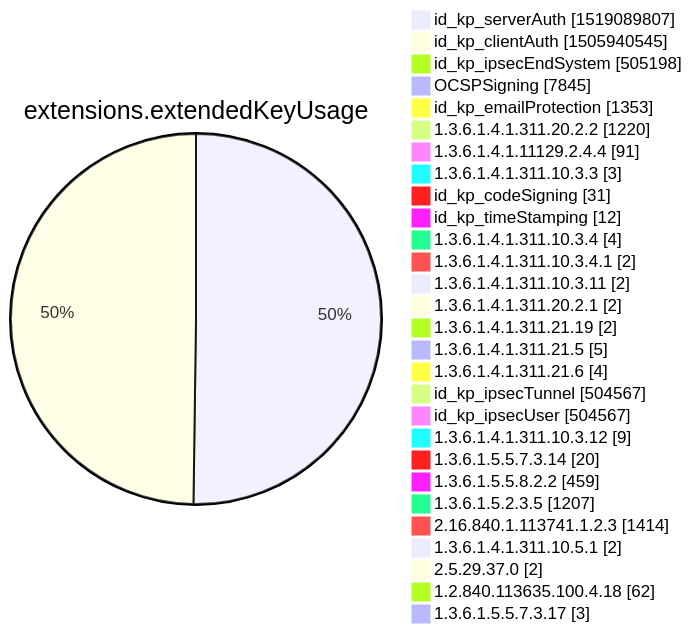
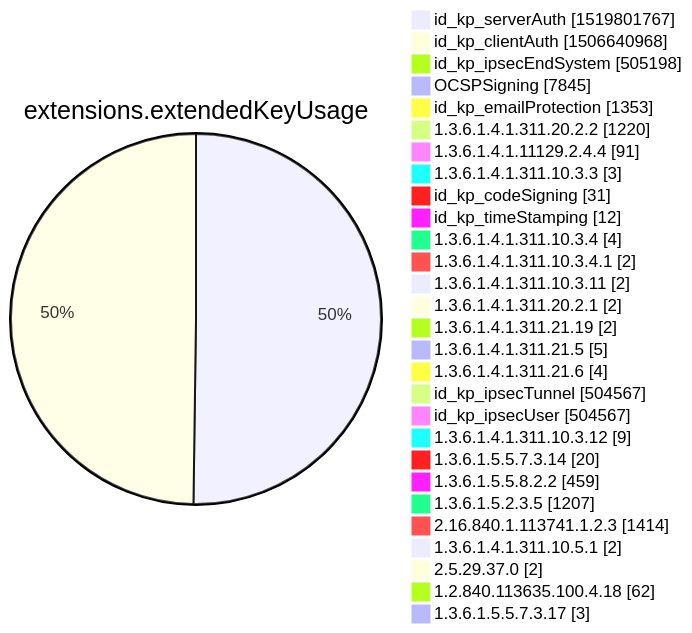
Before and after one commit to christiankrug/ctmonitor_visualization: diagram 12 of 15 in xenon2022/README.md, drawn with Mermaid. The commit also changed other lines of this file, not shown here.

````diff
--- a/xenon2022/README.md
+++ b/xenon2022/README.md
@@ -3877,32 +3877,32 @@
 ```mermaid
 pie showData
 title extensions.extendedKeyUsage
-"id_kp_serverAuth" :1519089807
-"id_kp_clientAuth" :1505940545
+"id_kp_serverAuth" :1519801767
+"id_kp_clientAuth" :1506640968
 "id_kp_ipsecEndSystem" :505198
 "OCSPSigning" :7845
 "id_kp_emailProtection" :1353
 "1.3.6.1.4.1.311.20.2.2" :1220
 "1.3.6.1.4.1.11129.2.4.4" :91
 "1.3.6.1.4.1.311.10.3.3" :3
 "id_kp_codeSigning" :31
 "id_kp_timeStamping" :12
 "1.3.6.1.4.1.311.10.3.4" :4
 "1.3.6.1.4.1.311.10.3.4.1" :2
 "1.3.6.1.4.1.311.10.3.11" :2
 "1.3.6.1.4.1.311.20.2.1" :2
 "1.3.6.1.4.1.311.21.19" :2
 "1.3.6.1.4.1.311.21.5" :5
 "1.3.6.1.4.1.311.21.6" :4
 "id_kp_ipsecTunnel" :504567
 "id_kp_ipsecUser" :504567
 "1.3.6.1.4.1.311.10.3.12" :9
 "1.3.6.1.5.5.7.3.14" :20
 "1.3.6.1.5.5.8.2.2" :459
 "1.3.6.1.5.2.3.5" :1207
 "2.16.840.1.113741.1.2.3" :1414
 "1.3.6.1.4.1.311.10.5.1" :2
 "2.5.29.37.0" :2
 "1.2.840.113635.100.4.18" :62
 "1.3.6.1.5.5.7.3.17" :3
 ```
````
